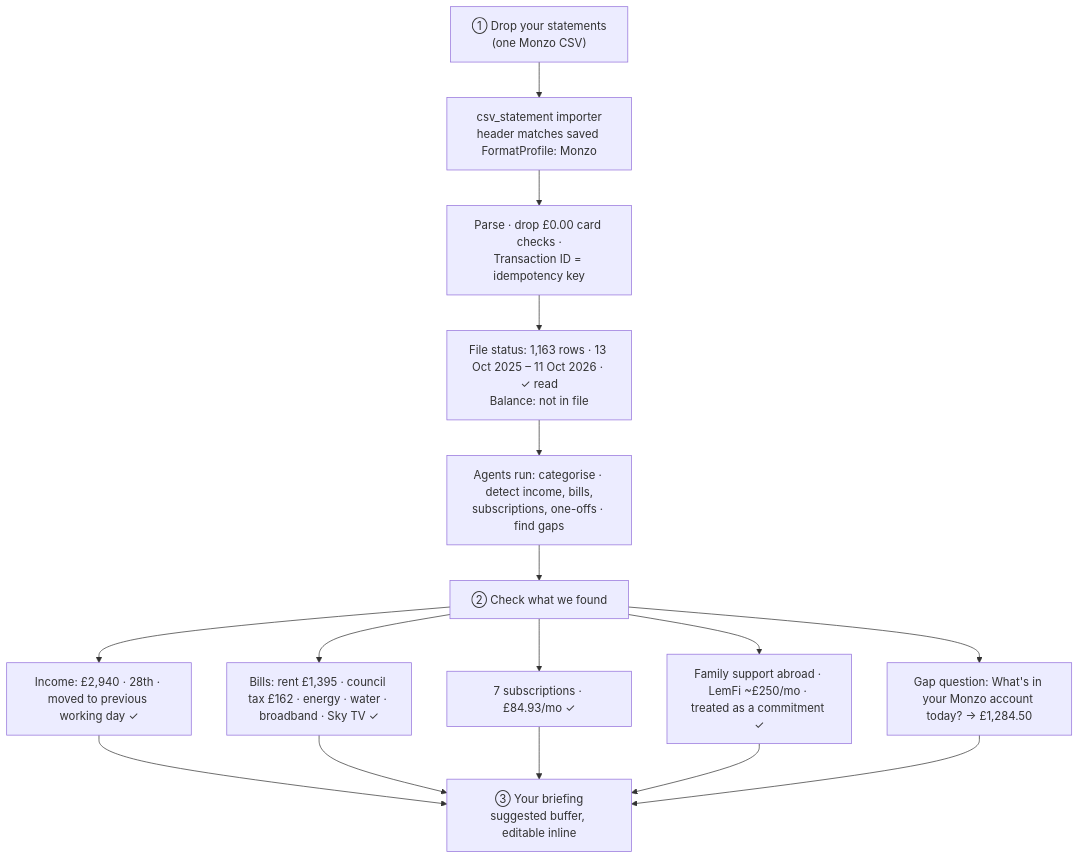
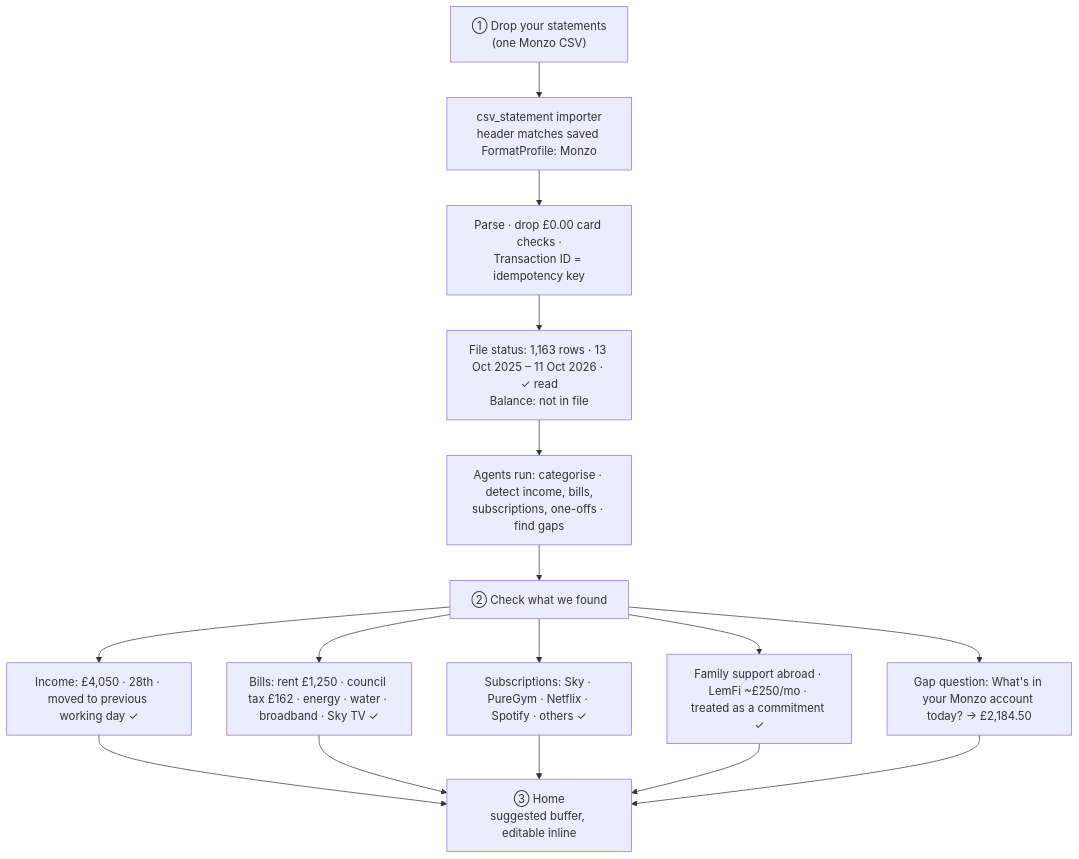
The second of 13 diagrams in docs/03-USER-JOURNEYS.md (olaheavy-dev/Foresight), drawn with Mermaid before and after one commit. The commit also changed other lines of this file and 122 other files, not shown here.

````diff
--- a/docs/03-USER-JOURNEYS.md
+++ b/docs/03-USER-JOURNEYS.md
@@ -72,14 +72,14 @@
 ```mermaid
 flowchart TD
   S1["① Drop your statements<br/>(one Monzo CSV)"] --> ID[csv_statement importer<br/>header matches saved FormatProfile: Monzo]
   ID --> P[Parse · drop £0.00 card checks ·<br/>Transaction ID = idempotency key]
   P --> ST[File status: 1,163 rows · 13 Oct 2025 – 11 Oct 2026 · ✓ read<br/>Balance: not in file]
   ST --> AN[Agents run: categorise · detect income, bills,<br/>subscriptions, one-offs · find gaps]
   AN --> S2["② Check what we found"]
-  S2 --> INC[Income: £2,940 · 28th · moved to previous working day ✓]
-  S2 --> BIL[Bills: rent £1,395 · council tax £162 · energy · water · broadband · Sky TV ✓]
-  S2 --> SUB[7 subscriptions · £84.93/mo ✓]
+  S2 --> INC[Income: £4,050 · 28th · moved to previous working day ✓]
+  S2 --> BIL[Bills: rent £1,250 · council tax £162 · energy · water · broadband · Sky TV ✓]
+  S2 --> SUB[Subscriptions: Sky · PureGym · Netflix · Spotify · others ✓]
   S2 --> FAM[Family support abroad · LemFi ~£250/mo · treated as a commitment ✓]
-  S2 --> GAP[Gap question: What's in your Monzo account today? → £1,284.50]
-  INC & BIL & SUB & FAM & GAP --> S3["③ Your briefing<br/>suggested buffer, editable inline"]
+  S2 --> GAP[Gap question: What's in your Monzo account today? → £2,184.50]
+  INC & BIL & SUB & FAM & GAP --> S3["③ Home<br/>suggested buffer, editable inline"]
 ```
````
